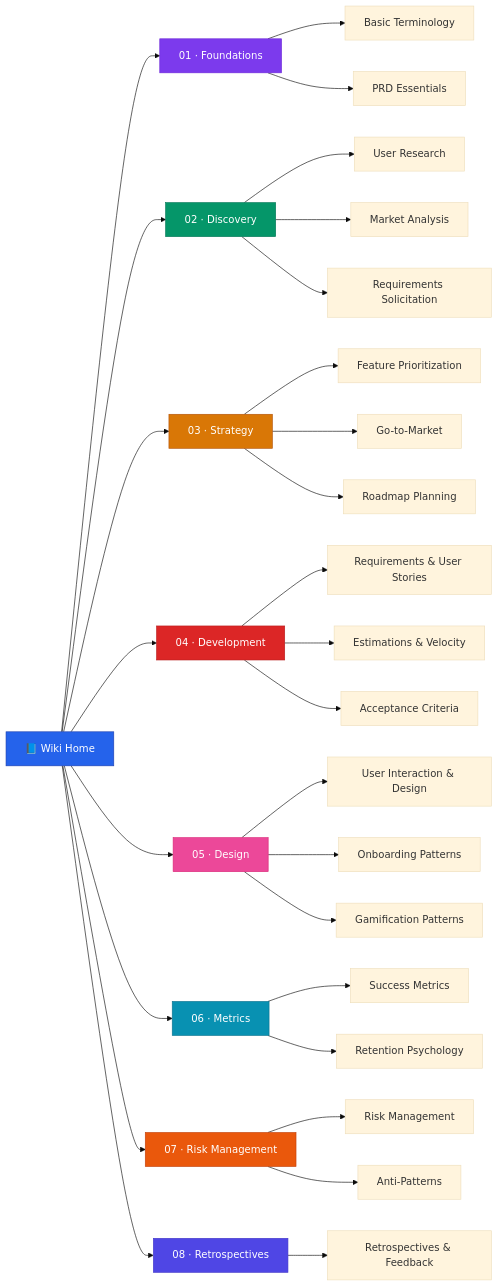
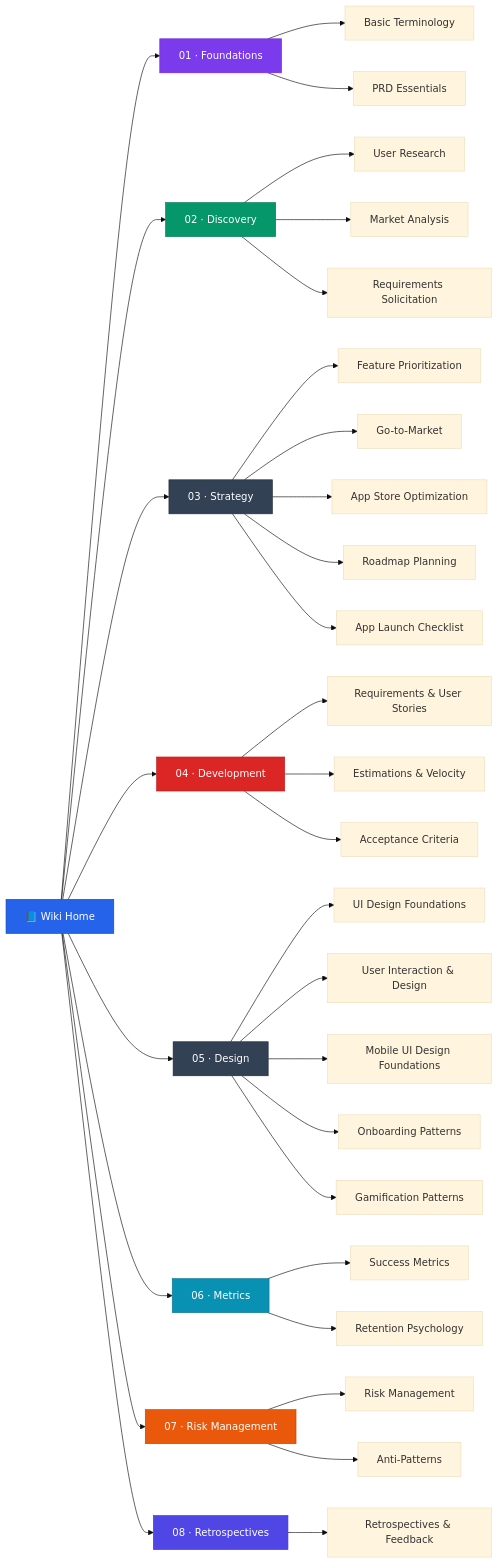
One commit to DimKouts84/product_management_development_wiki changed the diagram in README.md. Above: the diagram before and after it, drawn with Mermaid (base theme). The commit also changed other lines of this file and 11 other files, not shown here.

Commit message:
feat: add strategy and design modules including ASO, launch checklists, and UI foundations to wiki

````diff
--- a/README.md
+++ b/README.md
@@ -23,48 +23,52 @@
 ```mermaid
 graph LR
     HOME["📘 Wiki Home"] --> F["01 · Foundations"]
     HOME --> D["02 · Discovery"]
     HOME --> S["03 · Strategy"]
     HOME --> DEV["04 · Development"]
     HOME --> DES["05 · Design"]
     HOME --> M["06 · Metrics"]
     HOME --> R["07 · Risk Management"]
     HOME --> RET["08 · Retrospectives"]
 
     F --> F1["Basic Terminology"]
     F --> F2["PRD Essentials"]
 
     D --> D1["User Research"]
     D --> D2["Market Analysis"]
     D --> D3["Requirements Solicitation"]
 
     S --> S1["Feature Prioritization"]
     S --> S2["Go-to-Market"]
-    S --> S3["Roadmap Planning"]
+    S --> S3["App Store Optimization"]
+    S --> S4["Roadmap Planning"]
+    S --> S5["App Launch Checklist"]
 
     DEV --> DEV1["Requirements & User Stories"]
     DEV --> DEV2["Estimations & Velocity"]
     DEV --> DEV3["Acceptance Criteria"]
 
-    DES --> DES1["User Interaction & Design"]
-    DES --> DES2["Onboarding Patterns"]
-    DES --> DES3["Gamification Patterns"]
+    DES --> DES1["UI Design Foundations"]
+    DES --> DES2["User Interaction & Design"]
+    DES --> DES3["Mobile UI Design Foundations"]
+    DES --> DES4["Onboarding Patterns"]
+    DES --> DES5["Gamification Patterns"]
 
     M --> M1["Success Metrics"]
     M --> M2["Retention Psychology"]
 
     R --> R1["Risk Management"]
     R --> R2["Anti-Patterns"]
 
     RET --> RET1["Retrospectives & Feedback"]
 
     style HOME fill:#2563eb,stroke:#1e40af,color:#fff
     style F fill:#7c3aed,stroke:#6d28d9,color:#fff
     style D fill:#059669,stroke:#047857,color:#fff
-    style S fill:#d97706,stroke:#b45309,color:#fff
+    style S fill:#334155,stroke:#1e293b,color:#fff
     style DEV fill:#dc2626,stroke:#b91c1c,color:#fff
-    style DES fill:#ec4899,stroke:#db2777,color:#fff
+    style DES fill:#334155,stroke:#1e293b,color:#fff
     style M fill:#0891b2,stroke:#0e7490,color:#fff
     style R fill:#ea580c,stroke:#c2410c,color:#fff
     style RET fill:#4f46e5,stroke:#4338ca,color:#fff
 ```
````
